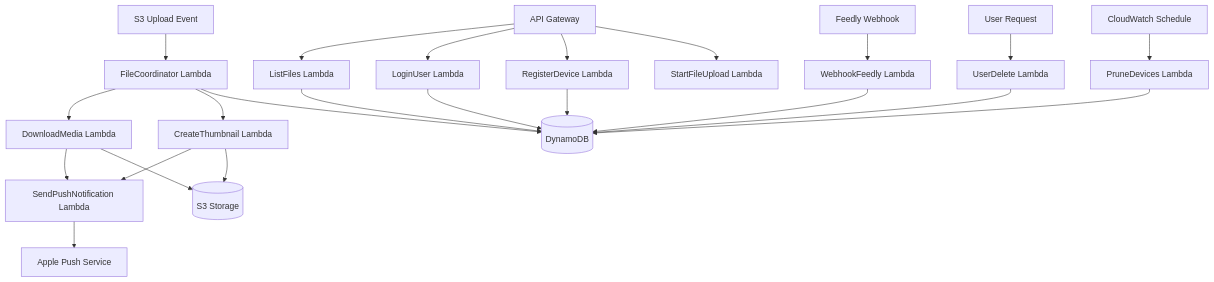
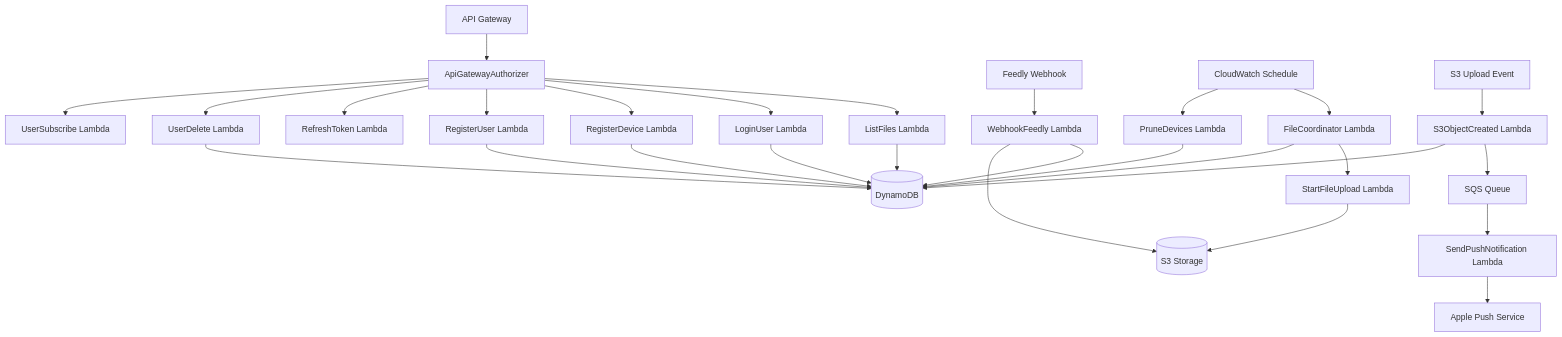
Before and after one commit to j0nathan-ll0yd/aws-cloudformation-media-downloader: the first of 2 diagrams in AGENTS.md, drawn with Mermaid. The commit also changed other lines of this file and 5 other files, not shown here.

````diff
--- a/AGENTS.md
+++ b/AGENTS.md
@@ -94,39 +94,42 @@
 ```mermaid
 graph TD
     %% External Triggers
-    API[API Gateway] --> ListFiles[ListFiles Lambda]
-    API --> LoginUser[LoginUser Lambda]
-    API --> RegisterDevice[RegisterDevice Lambda]
-    API --> StartFileUpload[StartFileUpload Lambda]
+    API[API Gateway] --> Authorizer[ApiGatewayAuthorizer]
+    Authorizer --> ListFiles[ListFiles Lambda]
+    Authorizer --> LoginUser[LoginUser Lambda]
+    Authorizer --> RegisterDevice[RegisterDevice Lambda]
+    Authorizer --> RegisterUser[RegisterUser Lambda]
+    Authorizer --> RefreshToken[RefreshToken Lambda]
+    Authorizer --> UserDelete[UserDelete Lambda]
+    Authorizer --> UserSubscribe[UserSubscribe Lambda]
 
     Feedly[Feedly Webhook] --> WebhookFeedly[WebhookFeedly Lambda]
 
+    %% Scheduled Tasks
+    Schedule[CloudWatch Schedule] --> FileCoordinator[FileCoordinator Lambda]
+    Schedule --> PruneDevices[PruneDevices Lambda]
+
+    %% Lambda Invocations
+    FileCoordinator --> StartFileUpload[StartFileUpload Lambda]
+
     %% S3 Triggers
-    S3Upload[S3 Upload Event] --> FileCoordinator[FileCoordinator Lambda]
-
-    %% Internal Processing
-    FileCoordinator --> DownloadMedia[DownloadMedia Lambda]
-    FileCoordinator --> CreateThumbnail[CreateThumbnail Lambda]
-
-    %% Notifications
-    DownloadMedia --> SendPushNotification[SendPushNotification Lambda]
-    CreateThumbnail --> SendPushNotification
-
-    %% User Management
-    Schedule[CloudWatch Schedule] --> PruneDevices[PruneDevices Lambda]
-    UserRequest[User Request] --> UserDelete[UserDelete Lambda]
+    S3Upload[S3 Upload Event] --> S3ObjectCreated[S3ObjectCreated Lambda]
+    S3ObjectCreated --> SQS[SQS Queue]
+    SQS --> SendPushNotification[SendPushNotification Lambda]
 
     %% Data Stores
     ListFiles --> DDB[(DynamoDB)]
     LoginUser --> DDB
     RegisterDevice --> DDB
+    RegisterUser --> DDB
     WebhookFeedly --> DDB
     FileCoordinator --> DDB
     UserDelete --> DDB
     PruneDevices --> DDB
+    S3ObjectCreated --> DDB
 
-    DownloadMedia --> S3Storage[(S3 Storage)]
-    CreateThumbnail --> S3Storage
+    StartFileUpload --> S3Storage[(S3 Storage)]
+    WebhookFeedly --> S3Storage
 
     SendPushNotification --> APNS[Apple Push Service]
 ```
````
